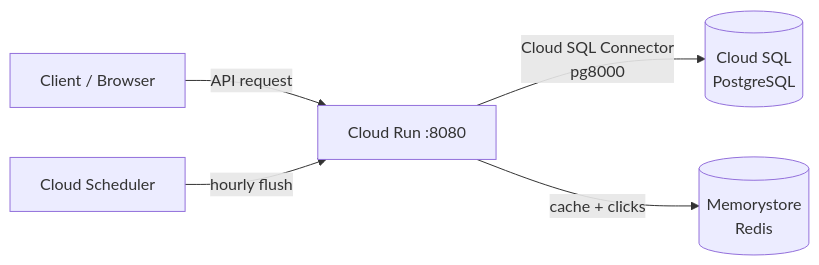
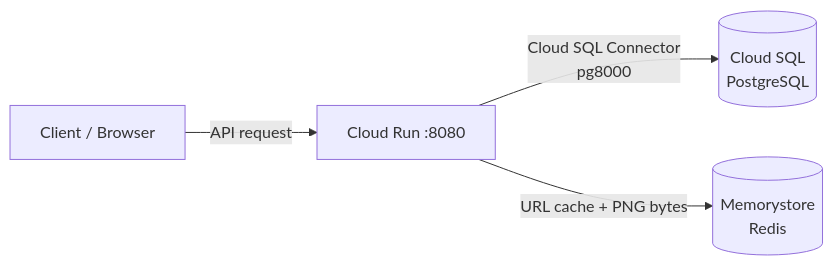
Before and after one commit to HarryYehhhh/qr-code-generator: the second of 2 diagrams in README.md, drawn with Mermaid. The commit also changed other lines of this file and 55 other files, not shown here.

````diff
--- a/README.md
+++ b/README.md
@@ -35,13 +37,11 @@
 ```mermaid
 graph LR
     Client[Client / Browser]
     CR[Cloud Run :8080]
     SQL[(Cloud SQL<br/>PostgreSQL)]
     Mem[(Memorystore<br/>Redis)]
-    Sched[Cloud Scheduler]
 
     Client -->|API request| CR
     CR -->|Cloud SQL Connector<br/>pg8000| SQL
-    CR -->|cache + clicks| Mem
-    Sched -->|hourly flush| CR
+    CR -->|URL cache + PNG bytes| Mem
 ```
````
